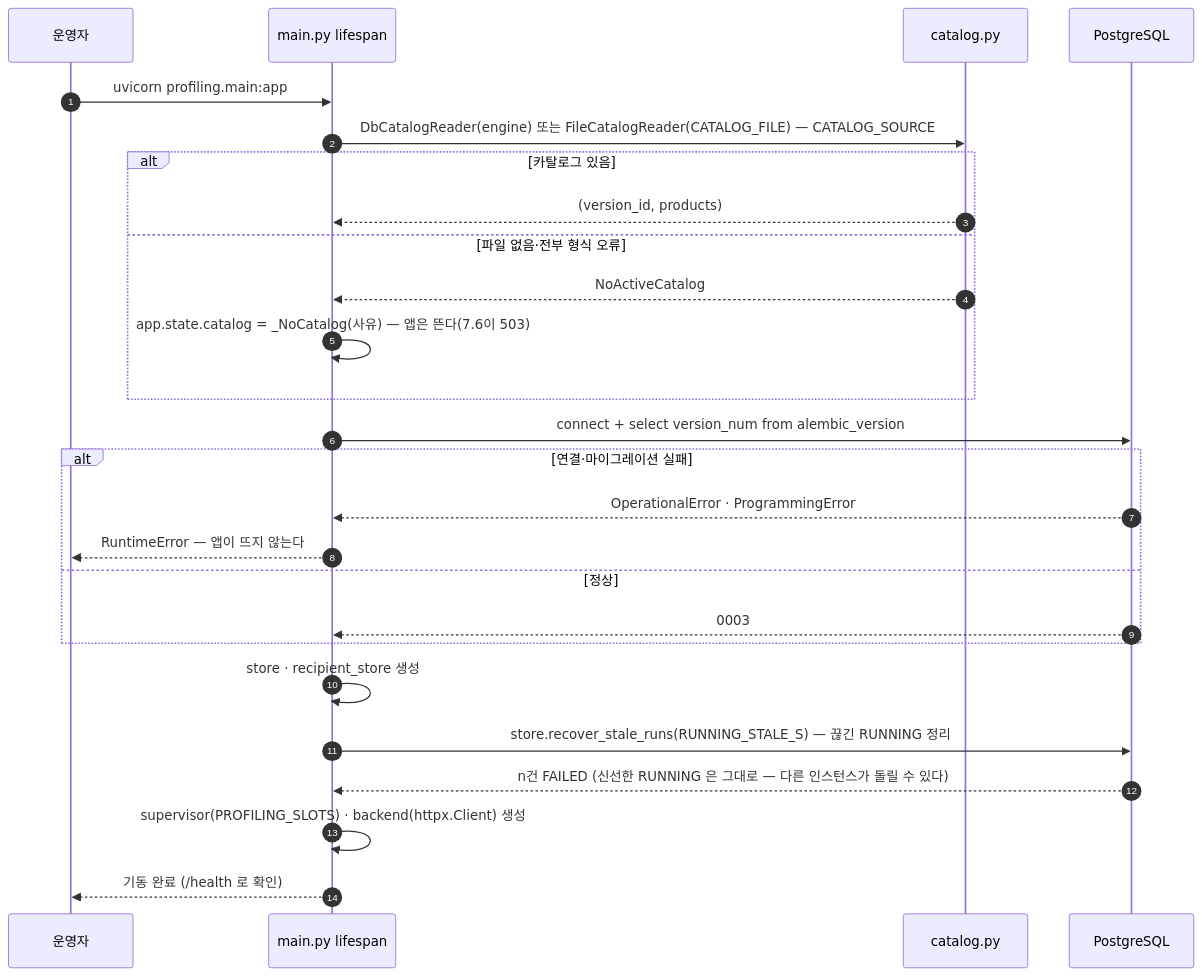
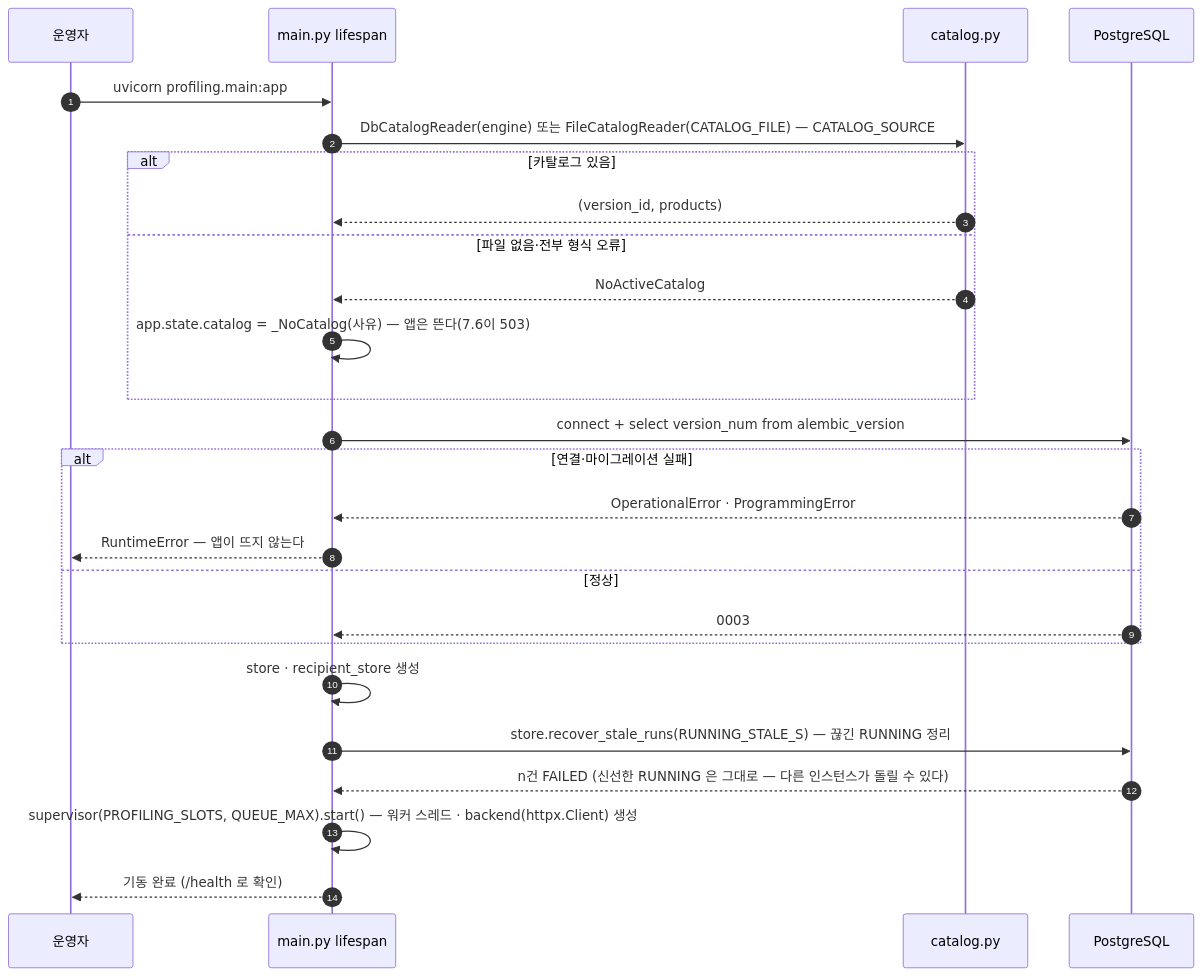
One commit to 100-hours-a-week/KTB4-12th-AI changed the first of 6 diagrams in profiling/docs/시퀀스_전체.md. Above: the diagram before and after it, drawn with Mermaid. The commit also changed other lines of this file and 21 other files, not shown here.

````diff
--- a/profiling/docs/시퀀스_전체.md
+++ b/profiling/docs/시퀀스_전체.md
@@ -41,28 +41,28 @@
 ```mermaid
 sequenceDiagram
   autonumber
   participant OP as 운영자
   participant APP as main.py lifespan
   participant CAT as catalog.py
   participant DB as PostgreSQL
   OP->>APP: uvicorn profiling.main:app
   APP->>CAT: DbCatalogReader(engine) 또는 FileCatalogReader(CATALOG_FILE) — CATALOG_SOURCE
   alt 카탈로그 있음
     CAT-->>APP: (version_id, products)
   else 파일 없음·전부 형식 오류
     CAT-->>APP: NoActiveCatalog
     APP->>APP: app.state.catalog = _NoCatalog(사유) — 앱은 뜬다(7.6이 503)
   end
   APP->>DB: connect + select version_num from alembic_version
   alt 연결·마이그레이션 실패
     DB-->>APP: OperationalError · ProgrammingError
     APP-->>OP: RuntimeError — 앱이 뜨지 않는다
   else 정상
     DB-->>APP: 0003
   end
   APP->>APP: store · recipient_store 생성
   APP->>DB: store.recover_stale_runs(RUNNING_STALE_S) — 끊긴 RUNNING 정리
   DB-->>APP: n건 FAILED (신선한 RUNNING 은 그대로 — 다른 인스턴스가 돌릴 수 있다)
-  APP->>APP: supervisor(PROFILING_SLOTS) · backend(httpx.Client) 생성
+  APP->>APP: supervisor(PROFILING_SLOTS, QUEUE_MAX).start() — 워커 스레드 · backend(httpx.Client) 생성
   APP-->>OP: 기동 완료 (/health 로 확인)
 ```
````
